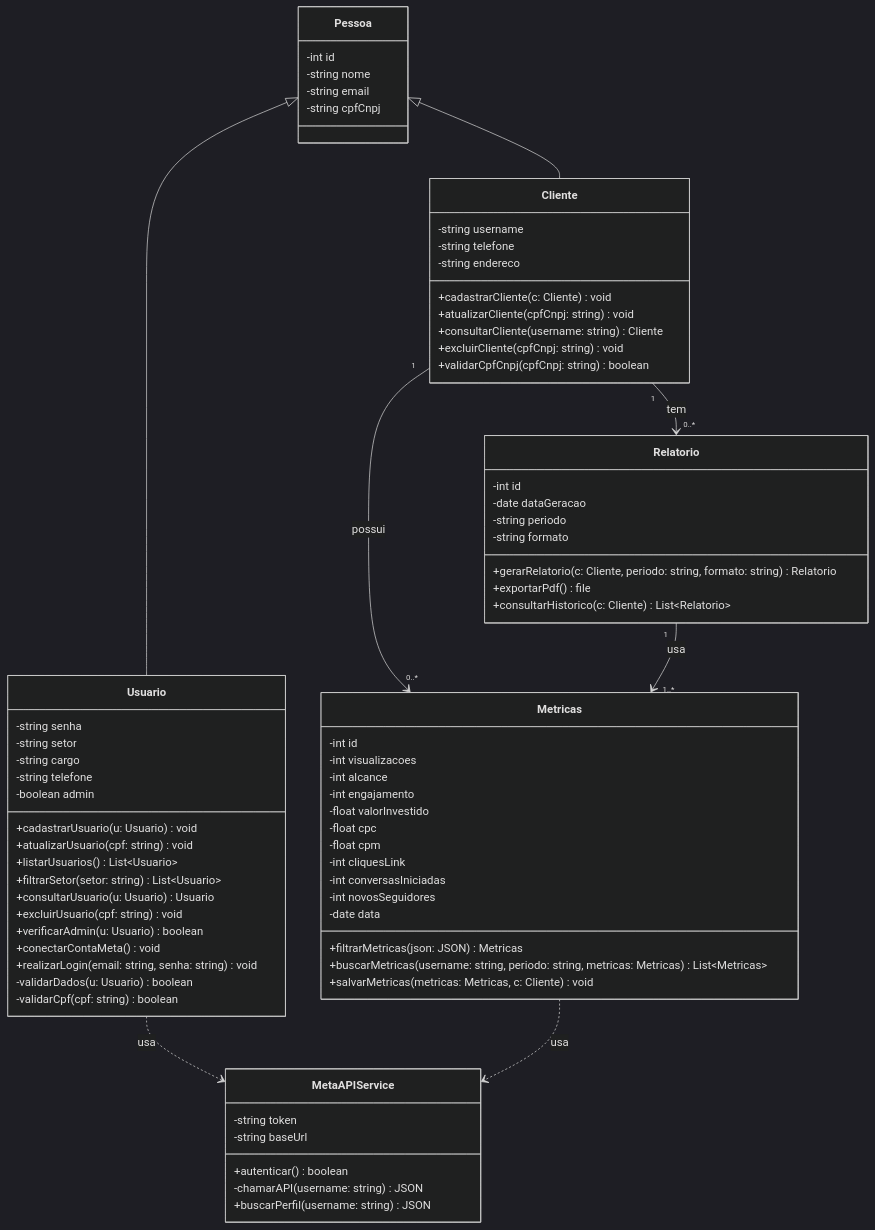
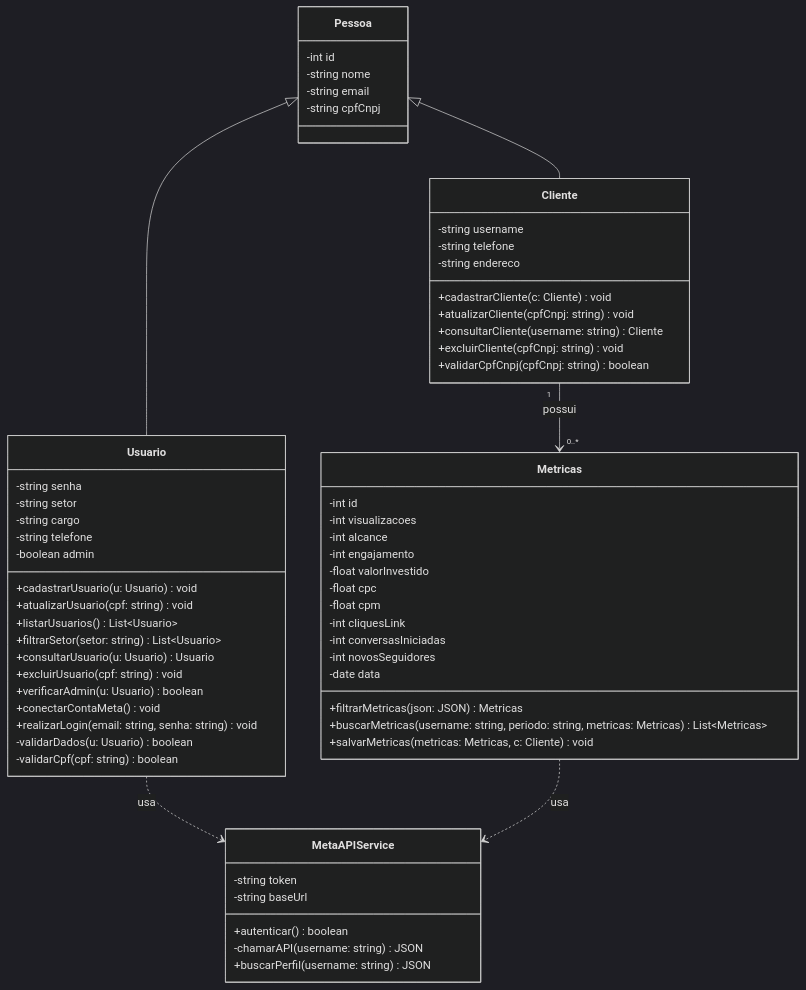
The diagram in doc-visao.md (lucascsantos07/sistema-automacao-relatorio), drawn with Mermaid (dark theme) before and after one commit. The commit also changed other lines of this file, not shown here.

Commit message:
docs: remove entidade Relatorio do doc-visao alinhando com doc-modelos

````diff
--- a/doc-visao.md
+++ b/doc-visao.md
@@ -127,82 +127,70 @@
 ```mermaid
 classDiagram
     class Pessoa {
         -int id
         -string nome
         -string email
         -string cpfCnpj
     }
 
     class Cliente {
         -string username
         -string telefone
         -string endereco
         +cadastrarCliente(c: Cliente) void
         +atualizarCliente(cpfCnpj: string) void
         +consultarCliente(username: string) Cliente
         +excluirCliente(cpfCnpj: string) void
         +validarCpfCnpj(cpfCnpj: string) boolean
     }
 
     class Usuario {
         -string senha
         -string setor
         -string cargo
         -string telefone
         -boolean admin
         +cadastrarUsuario(u: Usuario) void
         +atualizarUsuario(cpf: string) void
         +listarUsuarios() List~Usuario~
         +filtrarSetor(setor: string) List~Usuario~
         +consultarUsuario(u: Usuario) Usuario
         +excluirUsuario(cpf: string) void
         +verificarAdmin(u: Usuario) boolean
         +conectarContaMeta() void
         +realizarLogin(email: string, senha: string) void
         -validarDados(u: Usuario) boolean
         -validarCpf(cpf: string) boolean
     }
 
     class Metricas {
         -int id
         -int visualizacoes
         -int alcance
         -int engajamento
         -float valorInvestido
         -float cpc
         -float cpm
         -int cliquesLink
         -int conversasIniciadas
         -int novosSeguidores
         -date data
         +filtrarMetricas(json: JSON) Metricas
         +buscarMetricas(username: string, periodo: string, metricas: Metricas) List~Metricas~
         +salvarMetricas(metricas: Metricas, c: Cliente) void
     }
 
-    class Relatorio {
-        -int id
-        -date dataGeracao
-        -string periodo
-        -string formato
-        +gerarRelatorio(c: Cliente, periodo: string, formato: string) Relatorio
-        +exportarPdf() file
-        +consultarHistorico(c: Cliente) List~Relatorio~
-    }
-
     class MetaAPIService {
         -string token
         -string baseUrl
         +autenticar() boolean
         -chamarAPI(username: string) JSON
         +buscarPerfil(username: string) JSON
     }
 
     Pessoa <|-- Cliente
     Pessoa <|-- Usuario
     Cliente "1" --> "0..*" Metricas : possui
-    Cliente "1" --> "0..*" Relatorio : tem
-    Relatorio "1" --> "1..*" Metricas : usa
     Usuario ..> MetaAPIService : usa
     Metricas ..> MetaAPIService : usa
 ```
````
